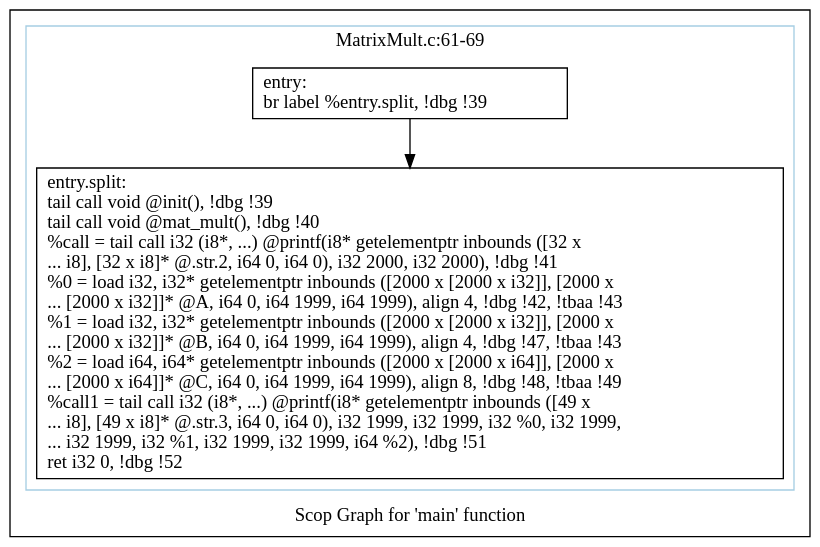
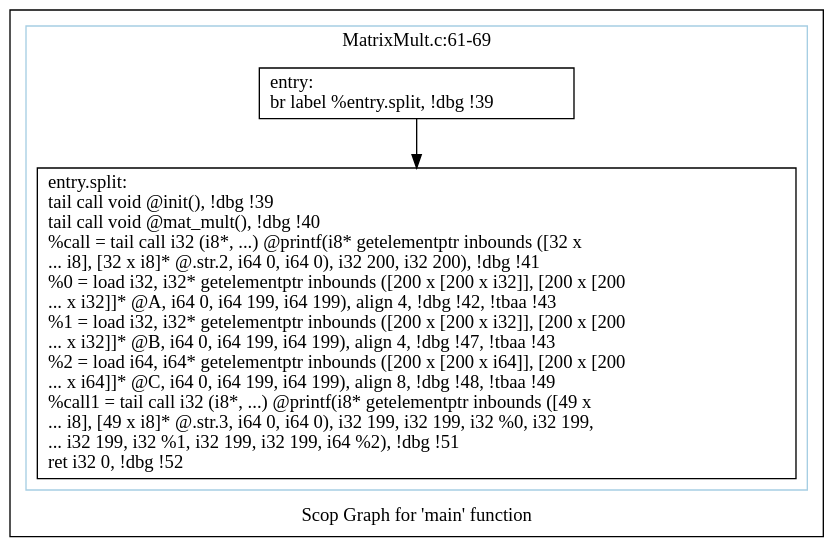
The diagram in polly/MatrixMult/impl/handwritten/dot/scops.main.dot (samminweng/WhileyOpenCL), drawn with Graphviz before and after one commit. The commit also changed 540 other files, not shown here.

```diff
--- a/polly/MatrixMult/impl/handwritten/dot/scops.main.dot
+++ b/polly/MatrixMult/impl/handwritten/dot/scops.main.dot
@@ -1,16 +1,16 @@
 digraph "Scop Graph for 'main' function" {
 	label="Scop Graph for 'main' function";
 
-	Node0xa98bbb0 [shape=record,label="{entry:\l  br label %entry.split, !dbg !39\l}"];
-	Node0xa98bbb0 -> Node0xa9a6210;
-	Node0xa9a6210 [shape=record,label="{entry.split:                                      \l  tail call void @init(), !dbg !39\l  tail call void @mat_mult(), !dbg !40\l  %call = tail call i32 (i8*, ...) @printf(i8* getelementptr inbounds ([32 x\l... i8], [32 x i8]* @.str.2, i64 0, i64 0), i32 2000, i32 2000), !dbg !41\l  %0 = load i32, i32* getelementptr inbounds ([2000 x [2000 x i32]], [2000 x\l... [2000 x i32]]* @A, i64 0, i64 1999, i64 1999), align 4, !dbg !42, !tbaa !43\l  %1 = load i32, i32* getelementptr inbounds ([2000 x [2000 x i32]], [2000 x\l... [2000 x i32]]* @B, i64 0, i64 1999, i64 1999), align 4, !dbg !47, !tbaa !43\l  %2 = load i64, i64* getelementptr inbounds ([2000 x [2000 x i64]], [2000 x\l... [2000 x i64]]* @C, i64 0, i64 1999, i64 1999), align 8, !dbg !48, !tbaa !49\l  %call1 = tail call i32 (i8*, ...) @printf(i8* getelementptr inbounds ([49 x\l... i8], [49 x i8]* @.str.3, i64 0, i64 0), i32 1999, i32 1999, i32 %0, i32 1999,\l... i32 1999, i32 %1, i32 1999, i32 1999, i64 %2), !dbg !51\l  ret i32 0, !dbg !52\l}"];
+	Node0xa35b280 [shape=record,label="{entry:\l  br label %entry.split, !dbg !39\l}"];
+	Node0xa35b280 -> Node0xa276520;
+	Node0xa276520 [shape=record,label="{entry.split:                                      \l  tail call void @init(), !dbg !39\l  tail call void @mat_mult(), !dbg !40\l  %call = tail call i32 (i8*, ...) @printf(i8* getelementptr inbounds ([32 x\l... i8], [32 x i8]* @.str.2, i64 0, i64 0), i32 200, i32 200), !dbg !41\l  %0 = load i32, i32* getelementptr inbounds ([200 x [200 x i32]], [200 x [200\l... x i32]]* @A, i64 0, i64 199, i64 199), align 4, !dbg !42, !tbaa !43\l  %1 = load i32, i32* getelementptr inbounds ([200 x [200 x i32]], [200 x [200\l... x i32]]* @B, i64 0, i64 199, i64 199), align 4, !dbg !47, !tbaa !43\l  %2 = load i64, i64* getelementptr inbounds ([200 x [200 x i64]], [200 x [200\l... x i64]]* @C, i64 0, i64 199, i64 199), align 8, !dbg !48, !tbaa !49\l  %call1 = tail call i32 (i8*, ...) @printf(i8* getelementptr inbounds ([49 x\l... i8], [49 x i8]* @.str.3, i64 0, i64 0), i32 199, i32 199, i32 %0, i32 199,\l... i32 199, i32 %1, i32 199, i32 199, i64 %2), !dbg !51\l  ret i32 0, !dbg !52\l}"];
 	colorscheme = "paired12"
-        subgraph cluster_0xa8b3c80 {
+        subgraph cluster_0xa277f70 {
           label = "MatrixMult.c:61-69
 ";
           style = solid;
           color = 1
-          Node0xa98bbb0;
-          Node0xa9a6210;
+          Node0xa35b280;
+          Node0xa276520;
         }
 }
```
